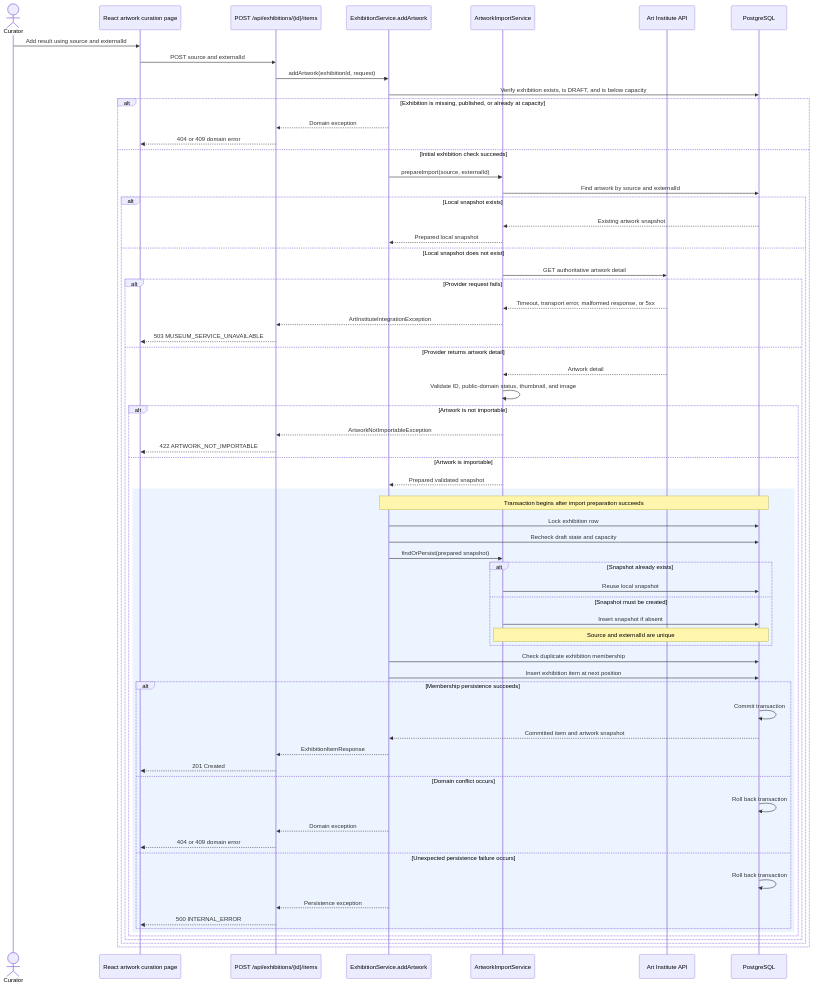
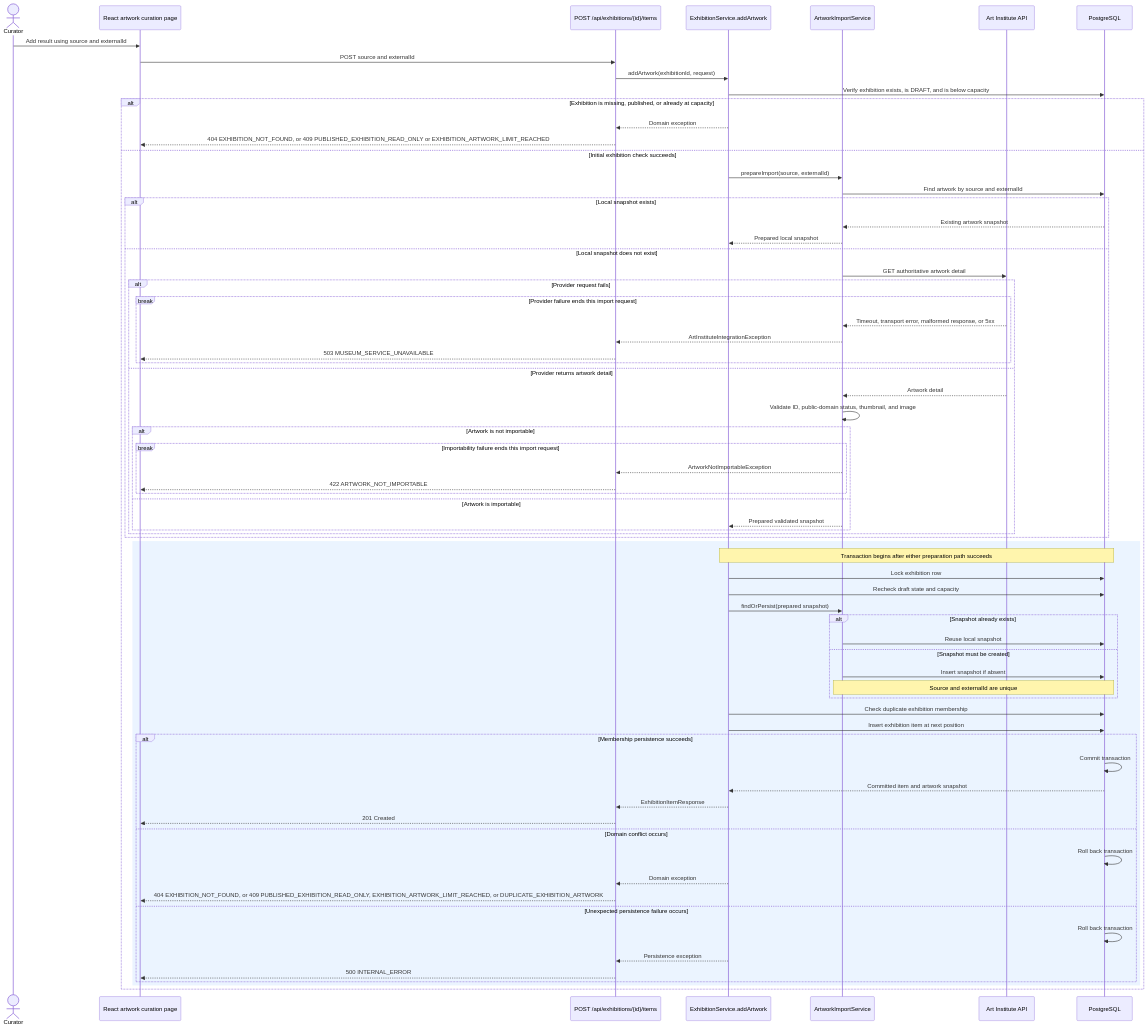
The diagram in docs/diagrams/artwork-import-sequence.md (luchikfisher/curatium), drawn with Mermaid before and after one commit. The commit also changed other lines of this file and 1 other file, not shown here.

Commit message:
docs: add technical project diagrams

````diff
--- a/docs/diagrams/artwork-import-sequence.md
+++ b/docs/diagrams/artwork-import-sequence.md
@@ -3,78 +3,82 @@
 ```mermaid
 sequenceDiagram
     actor Curator
     participant FE as React artwork curation page
     participant API as POST /api/exhibitions/{id}/items
     participant Service as ExhibitionService.addArtwork
     participant Import as ArtworkImportService
     participant AIC as Art Institute API
     participant DB as PostgreSQL
 
     Curator->>FE: Add result using source and externalId
     FE->>API: POST source and externalId
     API->>Service: addArtwork(exhibitionId, request)
     Service->>DB: Verify exhibition exists, is DRAFT, and is below capacity
 
     alt Exhibition is missing, published, or already at capacity
         Service-->>API: Domain exception
-        API-->>FE: 404 or 409 domain error
+        API-->>FE: 404 EXHIBITION_NOT_FOUND, or 409 PUBLISHED_EXHIBITION_READ_ONLY or EXHIBITION_ARTWORK_LIMIT_REACHED
     else Initial exhibition check succeeds
         Service->>Import: prepareImport(source, externalId)
         Import->>DB: Find artwork by source and externalId
 
         alt Local snapshot exists
             DB-->>Import: Existing artwork snapshot
             Import-->>Service: Prepared local snapshot
         else Local snapshot does not exist
             Import->>AIC: GET authoritative artwork detail
 
             alt Provider request fails
-                AIC-->>Import: Timeout, transport error, malformed response, or 5xx
-                Import-->>API: ArtInstituteIntegrationException
-                API-->>FE: 503 MUSEUM_SERVICE_UNAVAILABLE
+                break Provider failure ends this import request
+                    AIC-->>Import: Timeout, transport error, malformed response, or 5xx
+                    Import-->>API: ArtInstituteIntegrationException
+                    API-->>FE: 503 MUSEUM_SERVICE_UNAVAILABLE
+                end
             else Provider returns artwork detail
                 AIC-->>Import: Artwork detail
                 Import->>Import: Validate ID, public-domain status, thumbnail, and image
 
                 alt Artwork is not importable
-                    Import-->>API: ArtworkNotImportableException
-                    API-->>FE: 422 ARTWORK_NOT_IMPORTABLE
+                    break Importability failure ends this import request
+                        Import-->>API: ArtworkNotImportableException
+                        API-->>FE: 422 ARTWORK_NOT_IMPORTABLE
+                    end
                 else Artwork is importable
                     Import-->>Service: Prepared validated snapshot
+                end
+            end
+        end
 
-                    rect rgb(235, 244, 255)
-                        Note over Service,DB: Transaction begins after import preparation succeeds
-                        Service->>DB: Lock exhibition row
-                        Service->>DB: Recheck draft state and capacity
-                        Service->>Import: findOrPersist(prepared snapshot)
+        rect rgb(235, 244, 255)
+            Note over Service,DB: Transaction begins after either preparation path succeeds
+            Service->>DB: Lock exhibition row
+            Service->>DB: Recheck draft state and capacity
+            Service->>Import: findOrPersist(prepared snapshot)
 
-                        alt Snapshot already exists
-                            Import->>DB: Reuse local snapshot
-                        else Snapshot must be created
-                            Import->>DB: Insert snapshot if absent
-                            Note over Import,DB: Source and externalId are unique
-                        end
+            alt Snapshot already exists
+                Import->>DB: Reuse local snapshot
+            else Snapshot must be created
+                Import->>DB: Insert snapshot if absent
+                Note over Import,DB: Source and externalId are unique
+            end
 
-                        Service->>DB: Check duplicate exhibition membership
-                        Service->>DB: Insert exhibition item at next position
+            Service->>DB: Check duplicate exhibition membership
+            Service->>DB: Insert exhibition item at next position
 
-                        alt Membership persistence succeeds
-                            DB->>DB: Commit transaction
-                            DB-->>Service: Committed item and artwork snapshot
-                            Service-->>API: ExhibitionItemResponse
-                            API-->>FE: 201 Created
-                        else Domain conflict occurs
-                            DB->>DB: Roll back transaction
-                            Service-->>API: Domain exception
-                            API-->>FE: 404 or 409 domain error
-                        else Unexpected persistence failure occurs
-                            DB->>DB: Roll back transaction
-                            Service-->>API: Persistence exception
-                            API-->>FE: 500 INTERNAL_ERROR
-                        end
-                    end
-                end
+            alt Membership persistence succeeds
+                DB->>DB: Commit transaction
+                DB-->>Service: Committed item and artwork snapshot
+                Service-->>API: ExhibitionItemResponse
+                API-->>FE: 201 Created
+            else Domain conflict occurs
+                DB->>DB: Roll back transaction
+                Service-->>API: Domain exception
+                API-->>FE: 404 EXHIBITION_NOT_FOUND, or 409 PUBLISHED_EXHIBITION_READ_ONLY, EXHIBITION_ARTWORK_LIMIT_REACHED, or DUPLICATE_EXHIBITION_ARTWORK
+            else Unexpected persistence failure occurs
+                DB->>DB: Roll back transaction
+                Service-->>API: Persistence exception
+                API-->>FE: 500 INTERNAL_ERROR
             end
         end
     end
 ```
````
